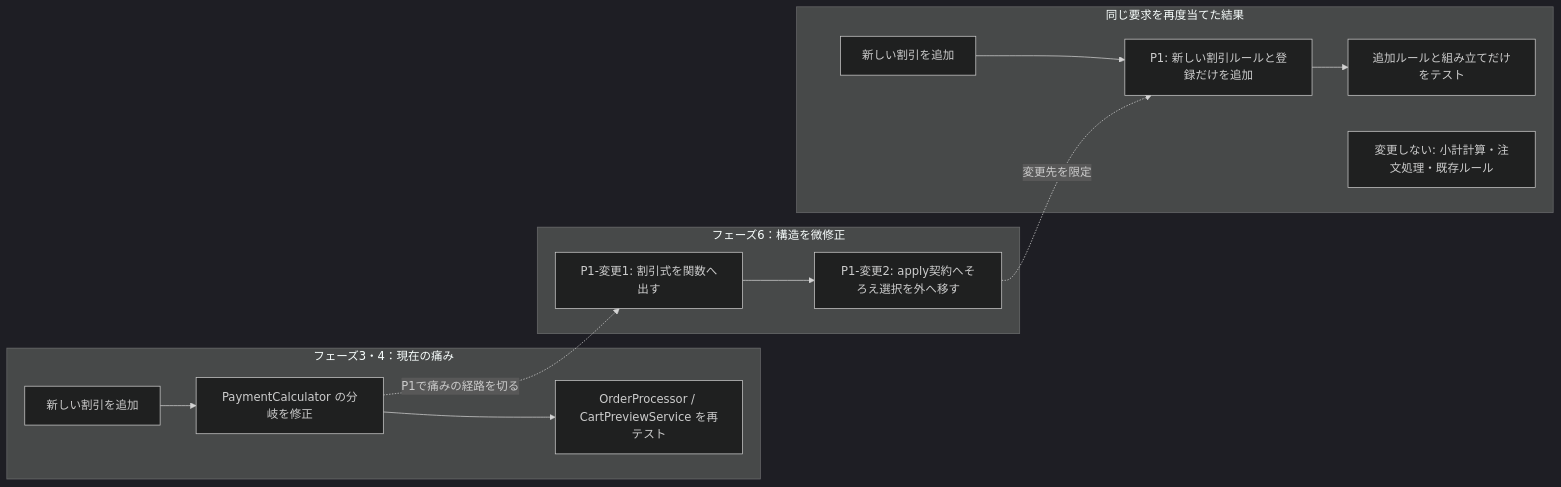
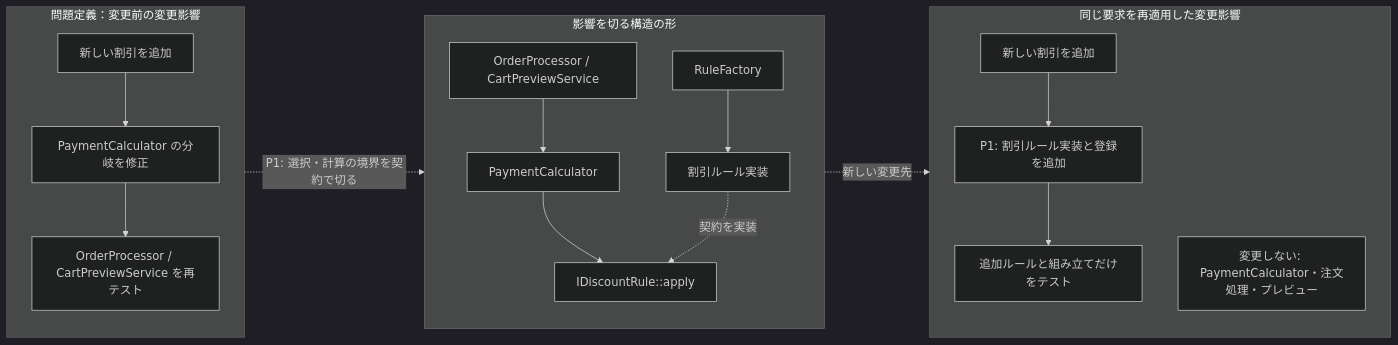
Before and after one commit to kumachan1101-pixel/DesignPattern: the fifth of 12 diagrams in kindle/design-patterns/output/chapter01.md, drawn with Mermaid (dark theme). The commit also changed other lines of this file and 22 other files, not shown here.

Commit message:
Show structural change in impact diagrams

````diff
--- a/kindle/design-patterns/output/chapter01.md
+++ b/kindle/design-patterns/output/chapter01.md
@@ -1052,17 +1053,23 @@
 ```mermaid
 flowchart LR
-    subgraph Pain["フェーズ3・4：現在の痛み"]
+    subgraph Pain["問題定義：変更前の変更影響"]
+        direction TB
         CR["新しい割引を追加"] --> C1["PaymentCalculator の分岐を修正"]
         C1 --> C2["OrderProcessor / CartPreviewService を再テスト"]
     end
-    subgraph StructuralChange["フェーズ6：構造を微修正"]
-        S1["P1-変更1: 割引式を関数へ出す"] --> S2["P1-変更2: apply契約へそろえ選択を外へ移す"]
+    subgraph TargetStructure["影響を切る構造の形"]
+        direction TB
+        U["OrderProcessor / CartPreviewService"] --> PC["PaymentCalculator"]
+        PC --> R["IDiscountRule::apply"]
+        RI["割引ルール実装"] -. "契約を実装" .-> R
+        F["RuleFactory"] --> RI
     end
-    subgraph Result["同じ要求を再度当てた結果"]
-        IR["新しい割引を追加"] --> I1["P1: 新しい割引ルールと登録だけを追加"]
+    subgraph Result["同じ要求を再適用した変更影響"]
+        direction TB
+        IR["新しい割引を追加"] --> I1["P1: 割引ルール実装と登録を追加"]
         I1 --> I2["追加ルールと組み立てだけをテスト"]
-        IS["変更しない: 小計計算・注文処理・既存ルール"]
+        IS["変更しない: PaymentCalculator・注文処理・プレビュー"]
     end
-    C1 -. "P1で痛みの経路を切る" .-> S1
-    S2 -. "変更先を限定" .-> I1
+    C1 -. "P1: 選択・計算の境界を契約で切る" .-> R
+    R -. "新しい変更先" .-> I1
 ```
````
